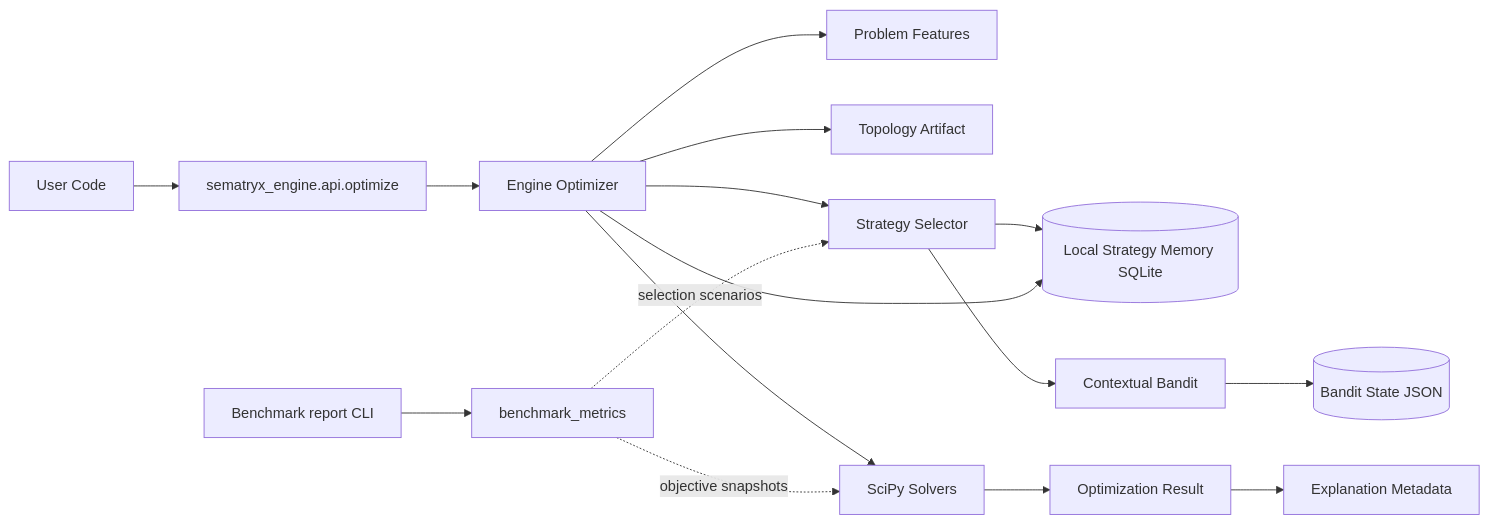
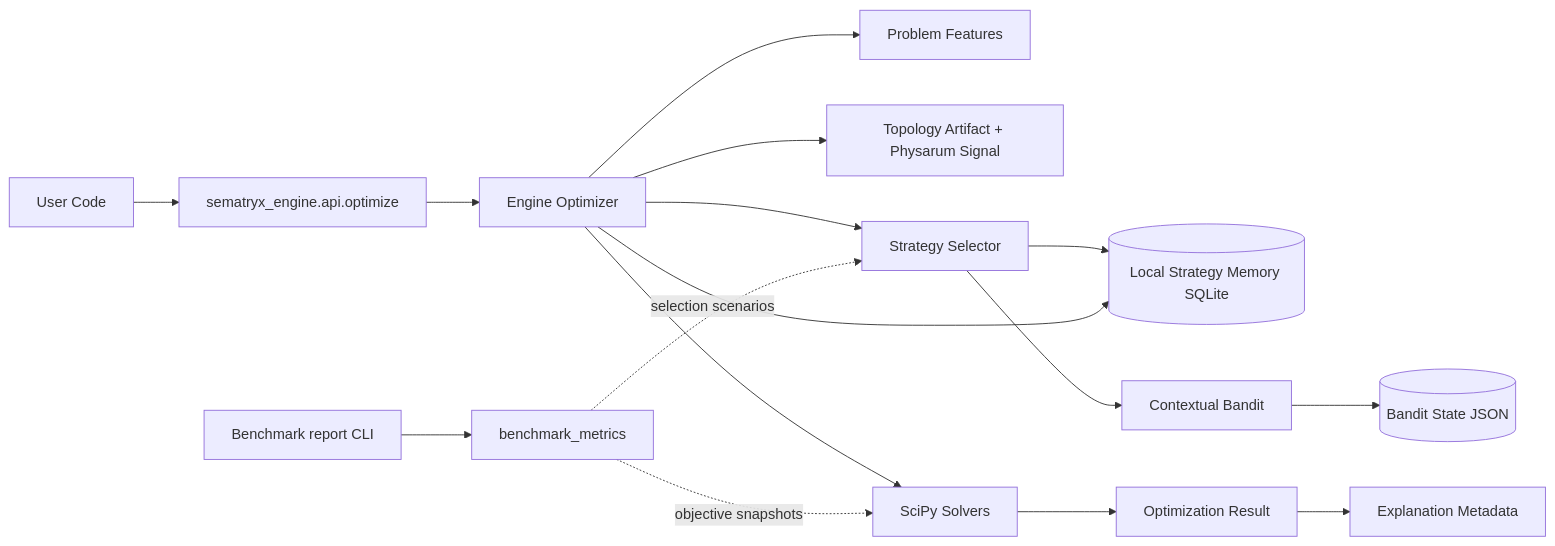
Before and after one commit to sematryx/sematryx-engine: the diagram in docs/architecture/SYSTEM_OVERVIEW.md, drawn with Mermaid. The commit also changed other lines of this file and 14 other files, not shown here.

First line of the commit message:
Integrate Physarum signal into topology tunneling decisions. (#10)

````diff
--- a/docs/architecture/SYSTEM_OVERVIEW.md
+++ b/docs/architecture/SYSTEM_OVERVIEW.md
@@ -3,18 +3,18 @@
 ```mermaid
 flowchart LR
     U[User Code] --> API[sematryx_engine.api.optimize]
     API --> OPT[Engine Optimizer]
     OPT --> FEAT[Problem Features]
-    OPT --> TOPO[Topology Artifact]
+    OPT --> TOPO[Topology Artifact + Physarum Signal]
     OPT --> SEL[Strategy Selector]
     SEL --> MEM[(Local Strategy Memory SQLite)]
     SEL --> BANDIT[Contextual Bandit]
     BANDIT --> BANDIT_STATE[(Bandit State JSON)]
     OPT --> SOLV[SciPy Solvers]
     SOLV --> RES[Optimization Result]
     OPT --> MEM
     RES --> EXP[Explanation Metadata]
     GEN[Benchmark report CLI] --> BMET[benchmark_metrics]
     BMET -. selection scenarios .-> SEL
     BMET -. objective snapshots .-> SOLV
 ```
````
